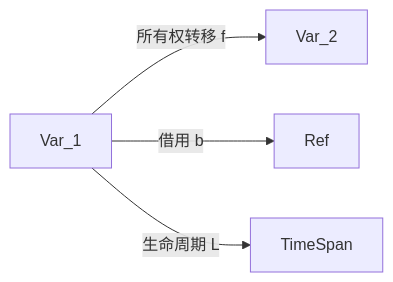
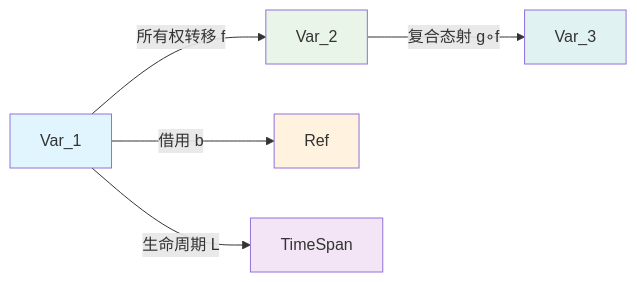
The first of 3 diagrams in formal_rust/refactor/01_core_theory/01_variable_system/02_category_theory.md (martin-ly/rust-lang), drawn with Mermaid before and after one commit. The commit also changed other lines of this file and 48 other files, not shown here.

````diff
--- a/formal_rust/refactor/01_core_theory/01_variable_system/02_category_theory.md
+++ b/formal_rust/refactor/01_core_theory/01_variable_system/02_category_theory.md
@@ -94,6 +272,13 @@
 ```mermaid
 graph LR
     A[Var_1] -- 所有权转移 f --> B[Var_2]
     A -- 借用 b --> C[Ref<Var_1>]
     A -- 生命周期 L --> D[TimeSpan]
+    B -- 复合态射 g∘f --> E[Var_3]
+    
+    style A fill:#e1f5fe
+    style B fill:#e8f5e8
+    style C fill:#fff3e0
+    style D fill:#f3e5f5
+    style E fill:#e0f2f1
 ```
````
